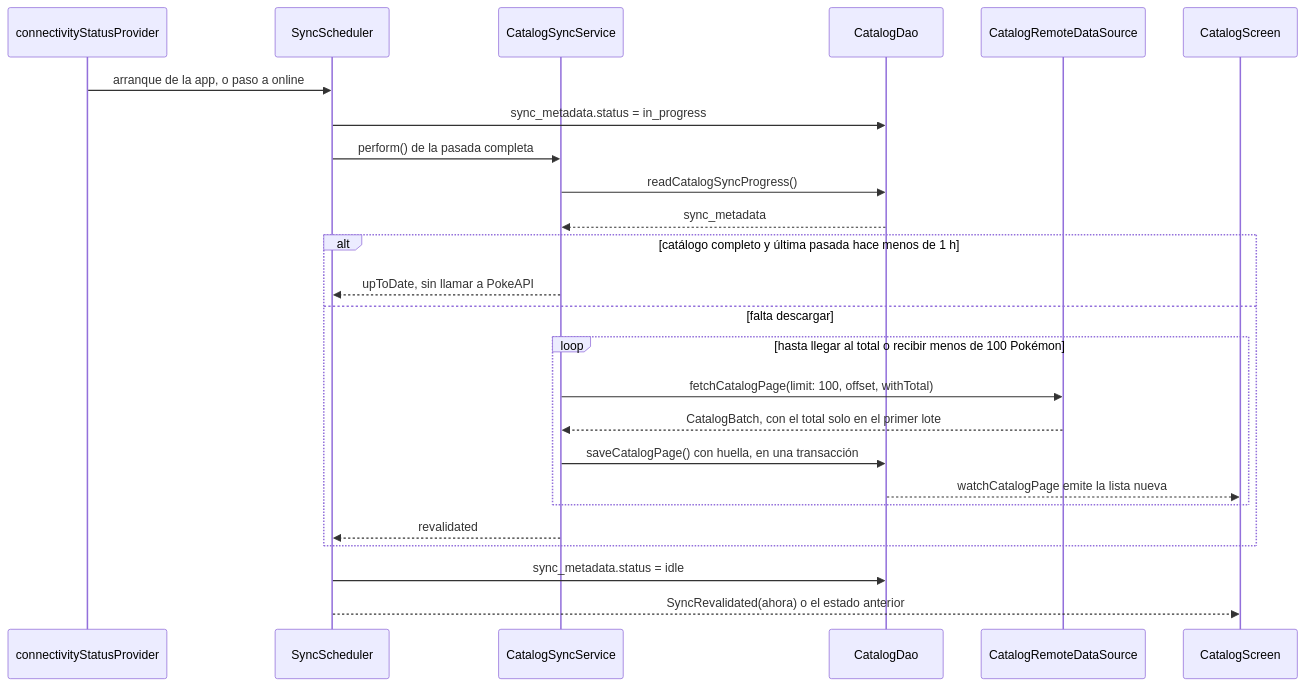
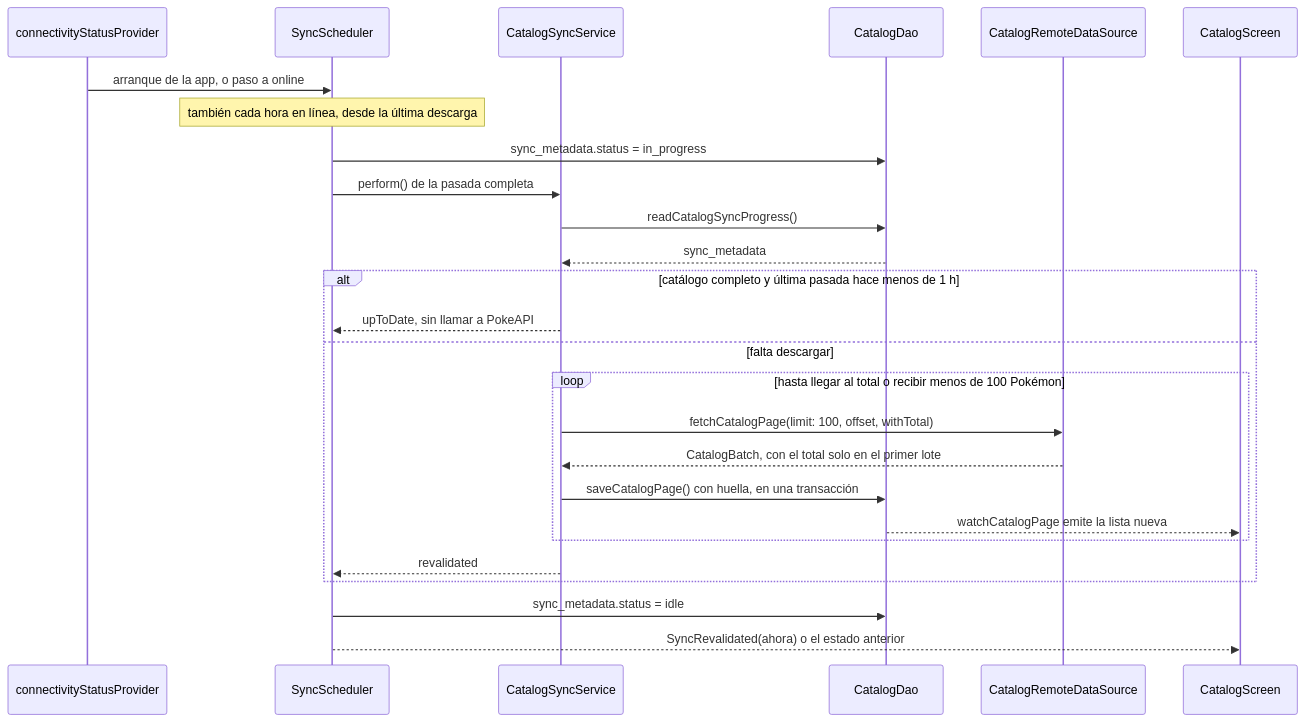
Before and after one commit to JoseHidalgoG/pokedex-flutter: the second of 10 diagrams in docs/arquitectura.md, drawn with Mermaid. The commit also changed other lines of this file and 3 other files, not shown here.

Commit message:
docs: indicar que la pasada completa se repite cada hora con servicio

````diff
--- a/docs/arquitectura.md
+++ b/docs/arquitectura.md
@@ -119,28 +121,29 @@
 ```mermaid
 sequenceDiagram
   participant Connectivity as connectivityStatusProvider
   participant Scheduler as SyncScheduler
   participant Sync as CatalogSyncService
   participant Dao as CatalogDao
   participant Remote as CatalogRemoteDataSource
   participant Screen as CatalogScreen
 
   Connectivity->>Scheduler: arranque de la app, o paso a online
+  Note over Scheduler: también cada hora en línea, desde la última descarga
   Scheduler->>Dao: sync_metadata.status = in_progress
   Scheduler->>Sync: perform() de la pasada completa
   Sync->>Dao: readCatalogSyncProgress()
   Dao-->>Sync: sync_metadata
   alt catálogo completo y última pasada hace menos de 1 h
     Sync-->>Scheduler: upToDate, sin llamar a PokeAPI
   else falta descargar
     loop hasta llegar al total o recibir menos de 100 Pokémon
       Sync->>Remote: fetchCatalogPage(limit: 100, offset, withTotal)
       Remote-->>Sync: CatalogBatch, con el total solo en el primer lote
       Sync->>Dao: saveCatalogPage() con huella, en una transacción
       Dao-->>Screen: watchCatalogPage emite la lista nueva
     end
     Sync-->>Scheduler: revalidated
   end
   Scheduler->>Dao: sync_metadata.status = idle
   Scheduler-->>Screen: SyncRevalidated(ahora) o el estado anterior
 ```
````
